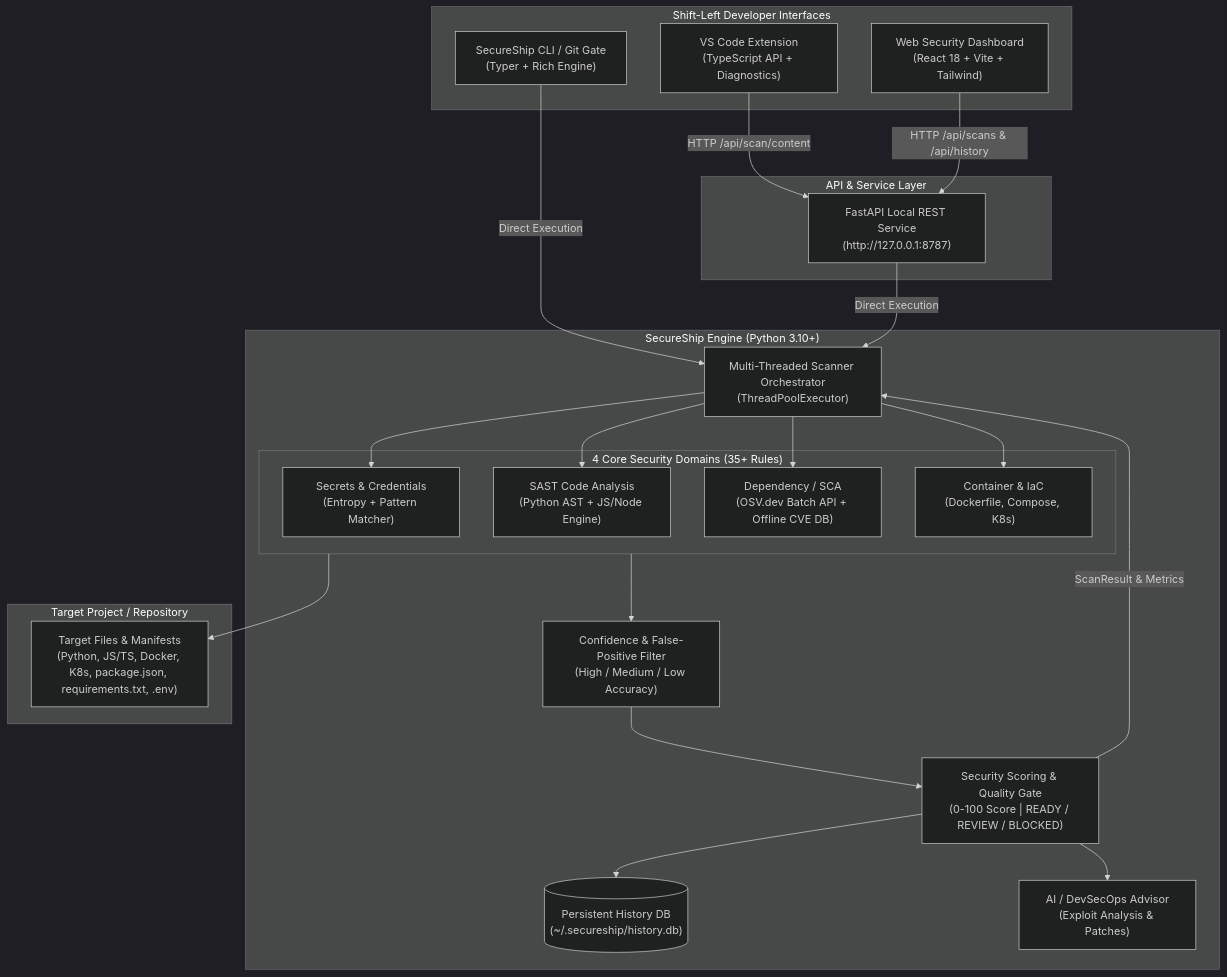
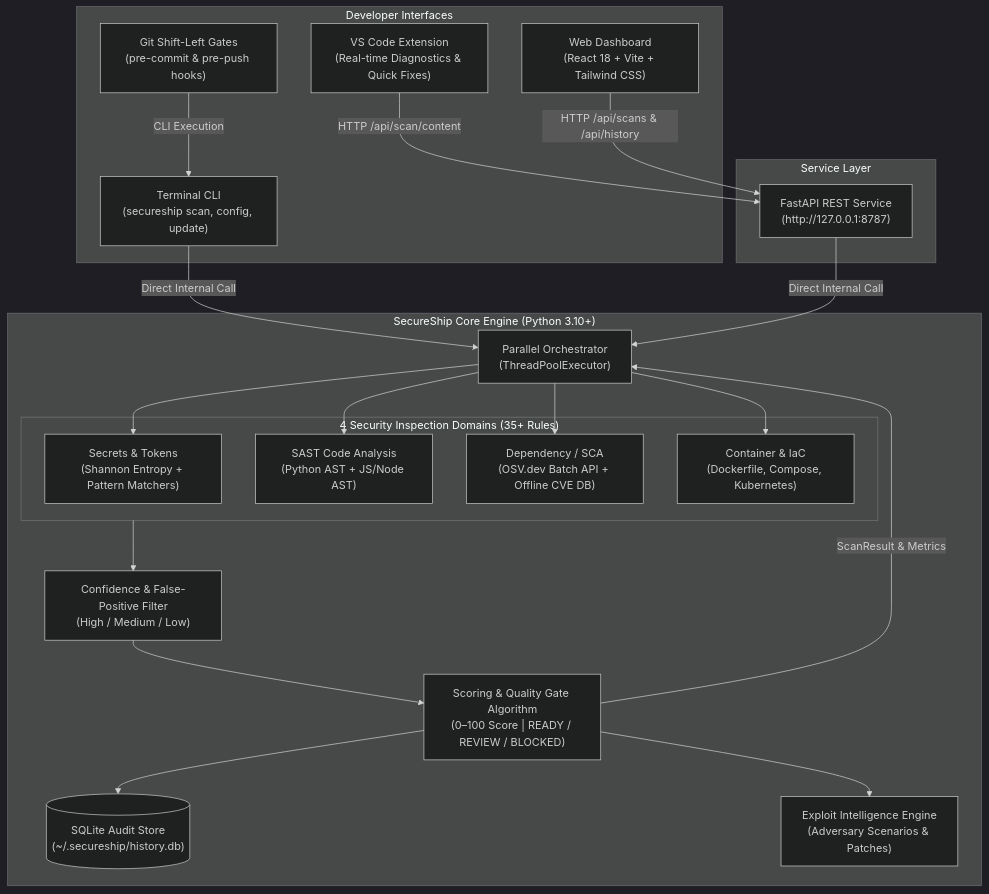
Before and after one commit to 777yash77/SecureSoftwareShip: the diagram in README.md, drawn with Mermaid (dark theme). The commit also changed other lines of this file and 1 other file, not shown here.

Commit message:
docs: rewrite README with authoritative project-owner voice and developer-first tone

````diff
--- a/README.md
+++ b/README.md
@@ -43,48 +60,45 @@
 ```mermaid
 flowchart TD
-    subgraph ClientInterfaces ["Shift-Left Developer Interfaces"]
-        IDE["VS Code Extension\n(TypeScript API + Diagnostics)"]
-        CLI["SecureShip CLI / Git Gate\n(Typer + Rich Engine)"]
-        DASH["Web Security Dashboard\n(React 18 + Vite + Tailwind)"]
+    subgraph Interfaces ["Developer Interfaces"]
+        IDE["VS Code Extension\n(Real-time Diagnostics & Quick Fixes)"]
+        GIT["Git Shift-Left Gates\n(pre-commit & pre-push hooks)"]
+        CLI["Terminal CLI\n(secureship scan, config, update)"]
+        DASH["Web Dashboard\n(React 18 + Vite + Tailwind CSS)"]
     end
 
-    subgraph ServiceLayer ["API & Service Layer"]
-        API["FastAPI Local REST Service\n(http://127.0.0.1:8787)"]
+    subgraph ServiceLayer ["Service Layer"]
+        API["FastAPI REST Service\n(http://127.0.0.1:8787)"]
     end
 
-    subgraph CoreEngine ["SecureShip Engine (Python 3.10+)"]
-        ORCH["Multi-Threaded Scanner Orchestrator\n(ThreadPoolExecutor)"]
-        SCORER["Security Scoring & Quality Gate\n(0-100 Score | READY / REVIEW / BLOCKED)"]
-        CONF["Confidence & False-Positive Filter\n(High / Medium / Low Accuracy)"]
-        SQLITE[("Persistent History DB\n(~/.secureship/history.db)")]
-        ADVISOR["AI / DevSecOps Advisor\n(Exploit Analysis & Patches)"]
+    subgraph CoreEngine ["SecureShip Core Engine (Python 3.10+)"]
+        ORCH["Parallel Orchestrator\n(ThreadPoolExecutor)"]
+        SCORER["Scoring & Quality Gate Algorithm\n(0–100 Score | READY / REVIEW / BLOCKED)"]
+        CONF["Confidence & False-Positive Filter\n(High / Medium / Low)"]
+        SQLITE[("SQLite Audit Store\n(~/.secureship/history.db)")]
+        ADVISOR["Exploit Intelligence Engine\n(Adversary Scenarios & Patches)"]
 
-        subgraph ModularScanners ["4 Core Security Domains (35+ Rules)"]
-            S1["Secrets & Credentials\n(Entropy + Pattern Matcher)"]
-            S2["SAST Code Analysis\n(Python AST + JS/Node Engine)"]
+        subgraph ModularScanners ["4 Security Inspection Domains (35+ Rules)"]
+            S1["Secrets & Tokens\n(Shannon Entropy + Pattern Matchers)"]
+            S2["SAST Code Analysis\n(Python AST + JS/Node AST)"]
             S3["Dependency / SCA\n(OSV.dev Batch API + Offline CVE DB)"]
-            S4["Container & IaC\n(Dockerfile, Compose, K8s)"]
+            S4["Container & IaC\n(Dockerfile, Compose, Kubernetes)"]
         end
-    end
-
-    subgraph Targets ["Target Project / Repository"]
-        CODE["Target Files & Manifests\n(Python, JS/TS, Docker, K8s, package.json, requirements.txt, .env)"]
     end
 
     IDE -->|"HTTP /api/scan/content"| API
     DASH -->|"HTTP /api/scans & /api/history"| API
-    CLI -->|"Direct Execution"| ORCH
-    API -->|"Direct Execution"| ORCH
+    GIT -->|"CLI Execution"| CLI
+    CLI -->|"Direct Internal Call"| ORCH
+    API -->|"Direct Internal Call"| ORCH
 
     ORCH --> S1
     ORCH --> S2
     ORCH --> S3
     ORCH --> S4
 
-    ModularScanners --> CODE
     ModularScanners --> CONF
     CONF --> SCORER
     SCORER --> SQLITE
     SCORER --> ADVISOR
     SCORER -->|"ScanResult & Metrics"| ORCH
 ```
````
